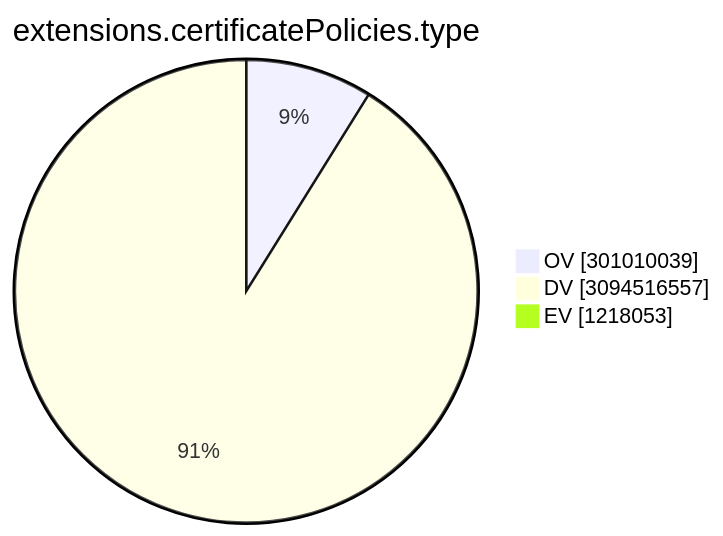
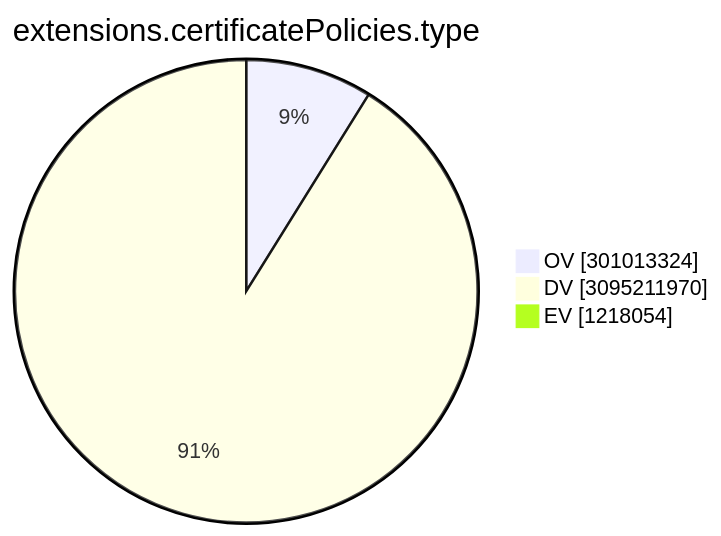
Before and after one commit to christiankrug/ctmonitor_visualization: the ninth of 15 diagrams in TOTAL/README.md, drawn with Mermaid. The commit also changed other lines of this file, not shown here.

````diff
--- a/TOTAL/README.md
+++ b/TOTAL/README.md
@@ -3103,7 +3103,7 @@
 ```mermaid
 pie showData
 title extensions.certificatePolicies.type
-"OV" :301010039
-"DV" :3094516557
-"EV" :1218053
+"OV" :301013324
+"DV" :3095211970
+"EV" :1218054
 ```
````
